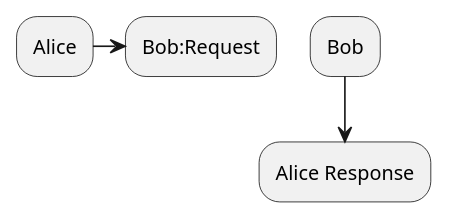
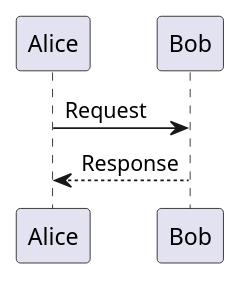
The diagram in test.md (Aso2001406/2021sys-design), drawn with PlantUML before and after one commit.

````diff
--- a/test.md
+++ b/test.md
@@ -1,6 +1,6 @@
 ```uml
 @startuml
 Alice -> Bob:Request
-Bob --> Alice Response
+Bob --> Alice:Response
 @enduml
 ```
````
